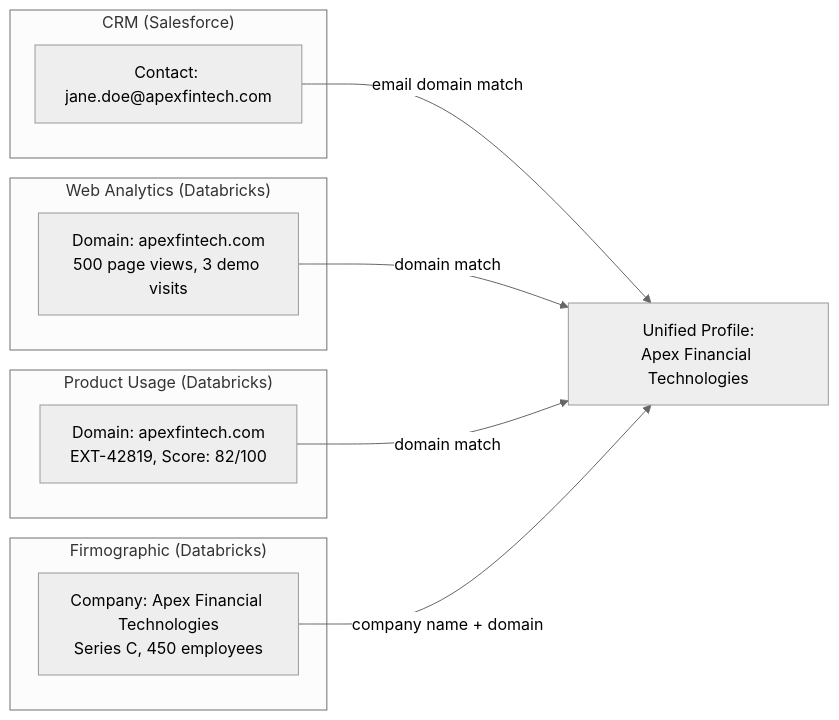
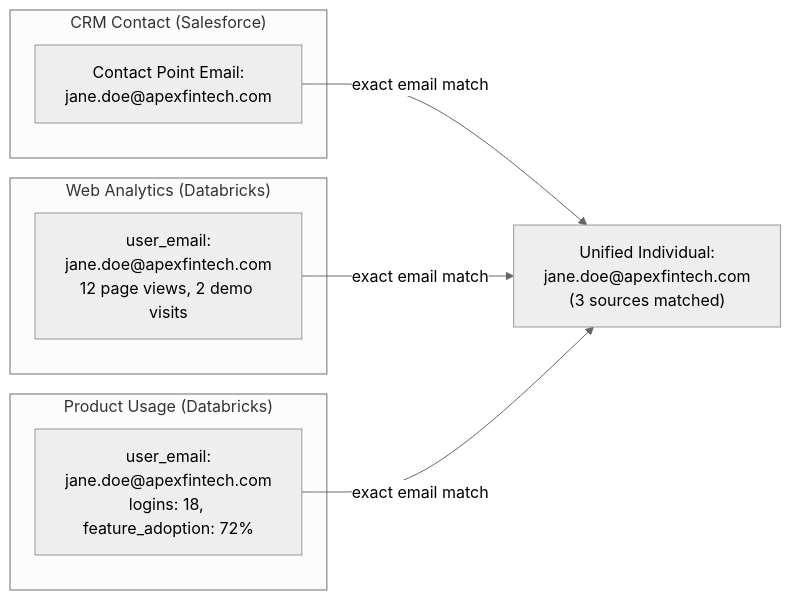
Before and after one commit to btriani/salesforce-d360-agentforce-lab: the fourth of 4 diagrams in README.md, drawn with Mermaid (neutral theme). The commit also changed other lines of this file and 1 other file, not shown here.

Commit message:
docs: update root and lab READMEs with redesigned architecture

````diff
--- a/README.md
+++ b/README.md
@@ -141,23 +141,18 @@
 ```mermaid
 graph LR
-    subgraph "CRM (Salesforce)"
-        C["Contact: jane.doe@apexfintech.com"]
+    subgraph "CRM Contact (Salesforce)"
+        C["Contact Point Email:<br/>jane.doe@apexfintech.com"]
     end
 
     subgraph "Web Analytics (Databricks)"
-        W["Domain: apexfintech.com<br/>500 page views, 3 demo visits"]
+        W["user_email:<br/>jane.doe@apexfintech.com<br/>12 page views, 2 demo visits"]
     end
 
     subgraph "Product Usage (Databricks)"
-        P["Domain: apexfintech.com<br/>EXT-42819, Score: 82/100"]
+        P["user_email:<br/>jane.doe@apexfintech.com<br/>logins: 18, feature_adoption: 72%"]
     end
 
-    subgraph "Firmographic (Databricks)"
-        F["Company: Apex Financial Technologies<br/>Series C, 450 employees"]
-    end
-
-    C -->|"email domain match"| UP["Unified Profile:<br/>Apex Financial Technologies"]
-    W -->|"domain match"| UP
-    P -->|"domain match"| UP
-    F -->|"company name + domain"| UP
+    C -->|"exact email match"| UP["Unified Individual:<br/>jane.doe@apexfintech.com<br/>(3 sources matched)"]
+    W -->|"exact email match"| UP
+    P -->|"exact email match"| UP
 ```
````
